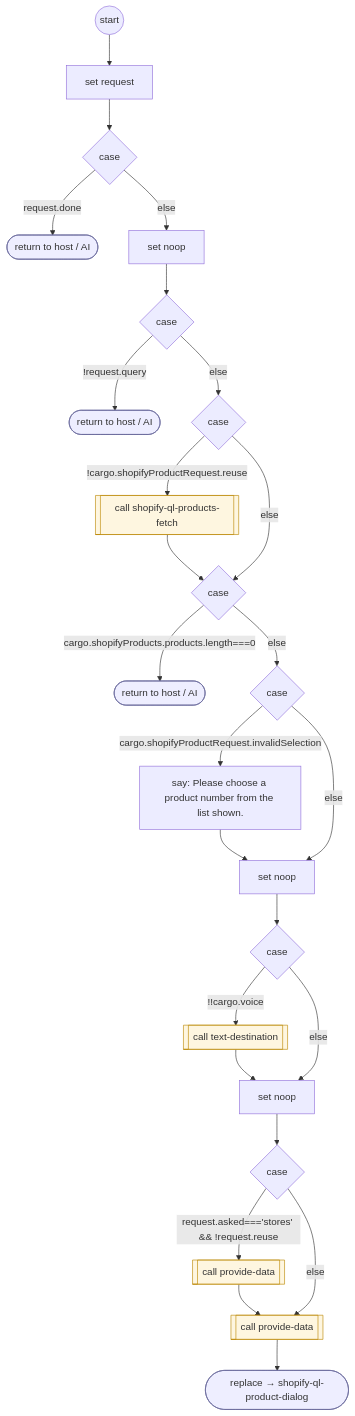
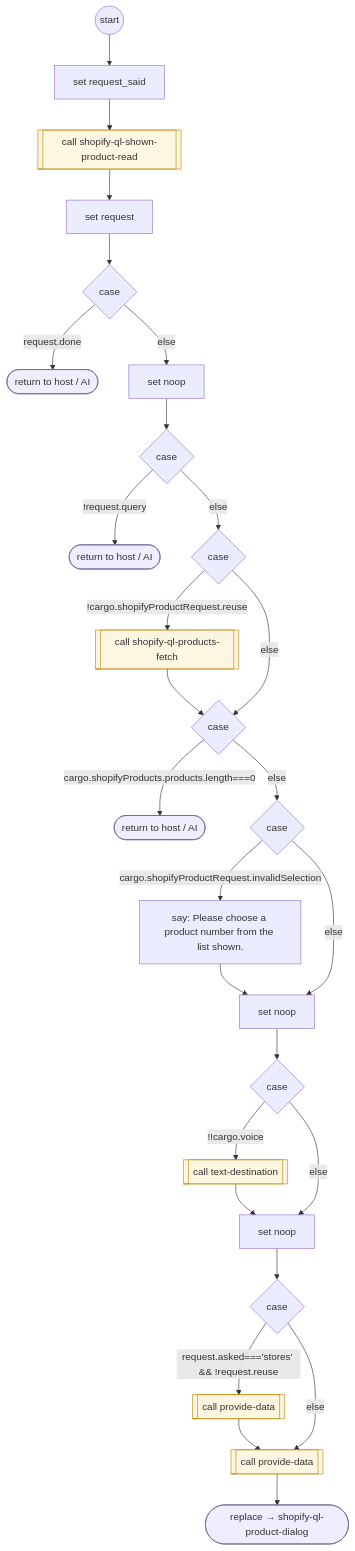
Before and after one commit to ronpinkas/jsfe: the diagram in docs/flows/shopify/shopify-ql-product-search.md, drawn with Mermaid. The commit also changed other lines of this file and 11 other files, not shown here.

````diff
--- a/docs/flows/shopify/shopify-ql-product-search.md
+++ b/docs/flows/shopify/shopify-ql-product-search.md
@@ -21,60 +21,65 @@
 ```mermaid
 flowchart TD
    START(("start"))
-   n0["set request"]
+   n0["set request_said"]
    START --> n0
-   c1{"case"}
-   n0 --> c1
-   b2(["return to host / AI"])
-   class b2 endstep
-   c1 -- "request.done" --> b2
-   n3["set noop"]
-   c1 -- "else" --> n3
-   c4{"case"}
-   n3 --> c4
-   b5(["return to host / AI"])
-   class b5 endstep
-   c4 -- "!request.query" --> b5
+   n1[["call shopify-ql-shown-product-read"]]
+   class n1 flowstep
+   n0 --> n1
+   n2["set request"]
+   n1 --> n2
+   c3{"case"}
+   n2 --> c3
+   b4(["return to host / AI"])
+   class b4 endstep
+   c3 -- "request.done" --> b4
+   n5["set noop"]
+   c3 -- "else" --> n5
    c6{"case"}
-   c4 -- "else" --> c6
-   b7[["call shopify-ql-products-fetch"]]
-   class b7 flowstep
-   c6 -- "!cargo.shopifyProductRequest.reuse" --> b7
+   n5 --> c6
+   b7(["return to host / AI"])
+   class b7 endstep
+   c6 -- "!request.query" --> b7
    c8{"case"}
-   b7 --> c8
    c6 -- "else" --> c8
-   b9(["return to host / AI"])
-   class b9 endstep
-   c8 -- "cargo.shopifyProducts.products.length===0" --> b9
+   b9[["call shopify-ql-products-fetch"]]
+   class b9 flowstep
+   c8 -- "!cargo.shopifyProductRequest.reuse" --> b9
    c10{"case"}
+   b9 --> c10
    c8 -- "else" --> c10
-   b11["say: Please choose a product number from the list shown."]
-   c10 -- "cargo.shopifyProductRequest.invalidSelection" --> b11
-   n12["set noop"]
-   b11 --> n12
-   c10 -- "else" --> n12
-   c13{"case"}
-   n12 --> c13
-   b14[["call text-destination"]]
-   class b14 flowstep
-   c13 -- "!!cargo.voice" --> b14
-   n15["set noop"]
-   b14 --> n15
-   c13 -- "else" --> n15
-   c16{"case"}
-   n15 --> c16
-   b17[["call provide-data"]]
-   class b17 flowstep
-   c16 -- "request.asked==='stores' && !request.reuse" --> b17
-   n18[["call provide-data"]]
-   class n18 flowstep
-   b17 --> n18
-   c16 -- "else" --> n18
-   n19(["replace → shopify-ql-product-dialog"])
-   class n19 endstep
-   n18 --> n19
+   b11(["return to host / AI"])
+   class b11 endstep
+   c10 -- "cargo.shopifyProducts.products.length===0" --> b11
+   c12{"case"}
+   c10 -- "else" --> c12
+   b13["say: Please choose a product number from the list shown."]
+   c12 -- "cargo.shopifyProductRequest.invalidSelection" --> b13
+   n14["set noop"]
+   b13 --> n14
+   c12 -- "else" --> n14
+   c15{"case"}
+   n14 --> c15
+   b16[["call text-destination"]]
+   class b16 flowstep
+   c15 -- "!!cargo.voice" --> b16
+   n17["set noop"]
+   b16 --> n17
+   c15 -- "else" --> n17
+   c18{"case"}
+   n17 --> c18
+   b19[["call provide-data"]]
+   class b19 flowstep
+   c18 -- "request.asked==='stores' && !request.reuse" --> b19
+   n20[["call provide-data"]]
+   class n20 flowstep
+   b19 --> n20
+   c18 -- "else" --> n20
+   n21(["replace → shopify-ql-product-dialog"])
+   class n21 endstep
+   n20 --> n21
    classDef endstep fill:#eef,stroke:#669
    classDef toolstep fill:#efe,stroke:#696
    classDef flowstep fill:#fef6e0,stroke:#b80
    classDef inputstep fill:#f3eefc,stroke:#75a
 ```
````
